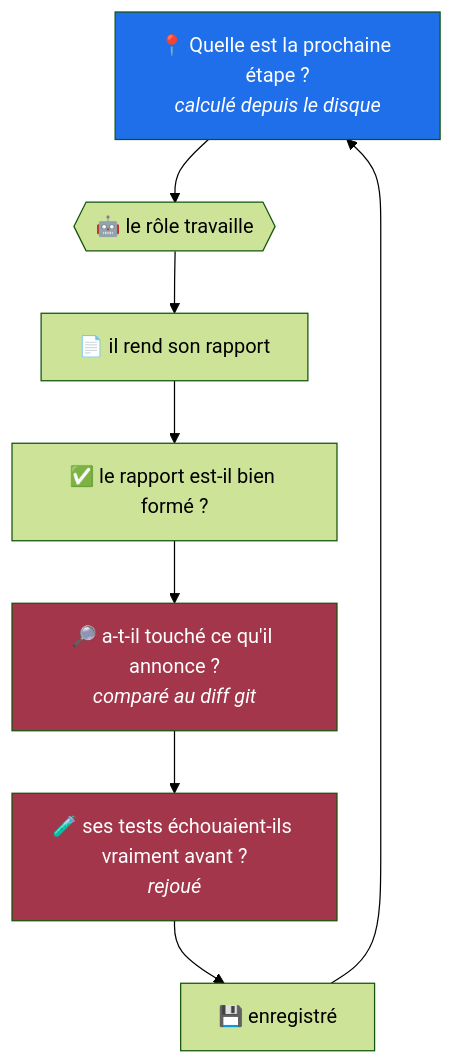
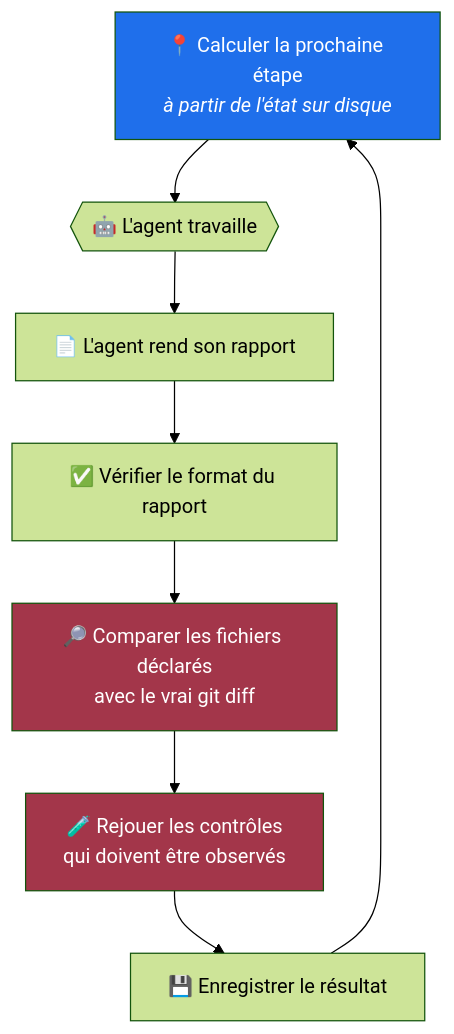
Before and after one commit to HerbertCodex/agent-pipeline: the second of 3 diagrams in README.md, drawn with Mermaid (forest theme). The commit also changed other lines of this file, not shown here.

````diff
--- a/README.md
+++ b/README.md
@@ -111,14 +187,14 @@
 ```mermaid
 flowchart TD
-    A["📍 Quelle est la prochaine étape ?<br/><i>calculé depuis le disque</i>"] --> D{{"🤖 le rôle travaille"}}
-    D --> E["📄 il rend son rapport"]
-    E --> F["✅ le rapport est-il bien formé ?"]
-    F --> G["🔎 a-t-il touché ce qu'il annonce ?<br/><i>comparé au diff git</i>"]
-    G --> H["🧪 ses tests échouaient-ils vraiment avant ?<br/><i>rejoué</i>"]
-    H --> I["💾 enregistré"]
+    A["📍 Calculer la prochaine étape<br/><i>à partir de l'état sur disque</i>"] --> D{{"🤖 L'agent travaille"}}
+    D --> E["📄 L'agent rend son rapport"]
+    E --> F["✅ Vérifier le format du rapport"]
+    F --> G["🔎 Comparer les fichiers déclarés<br/>avec le vrai git diff"]
+    G --> H["🧪 Rejouer les contrôles<br/>qui doivent être observés"]
+    H --> I["💾 Enregistrer le résultat"]
     I --> A
 
     style A fill:#1f6feb,color:#fff
     style G fill:#a3364a,color:#fff
     style H fill:#a3364a,color:#fff
 ```
````
